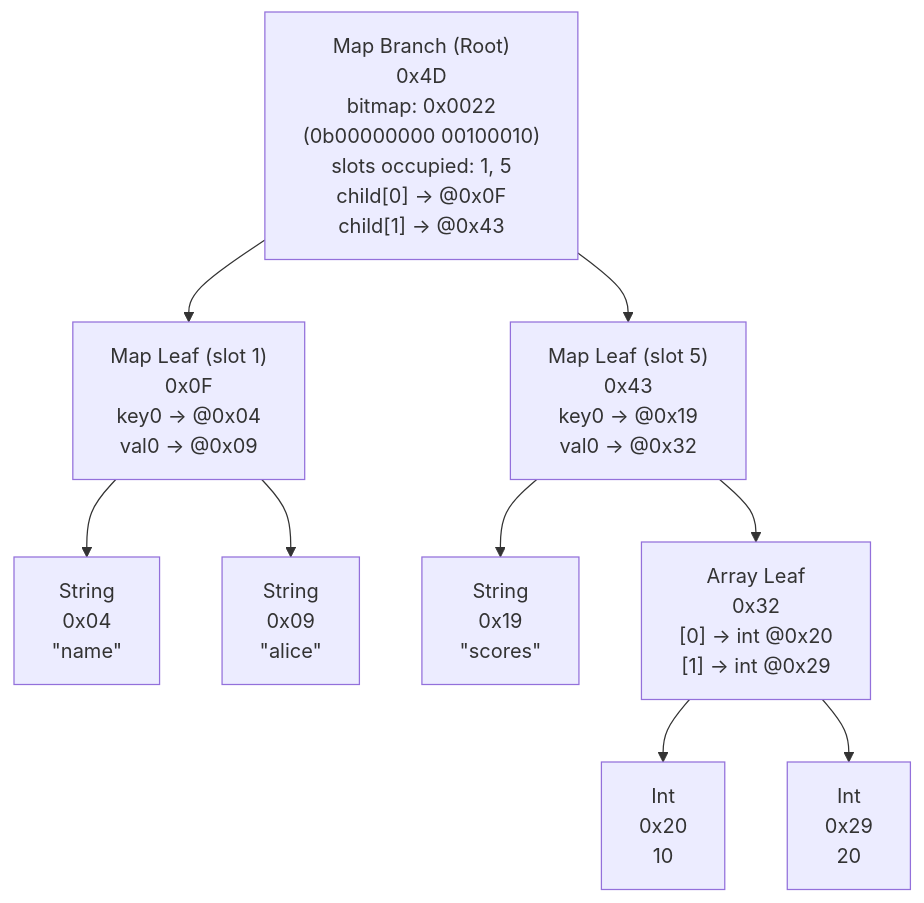
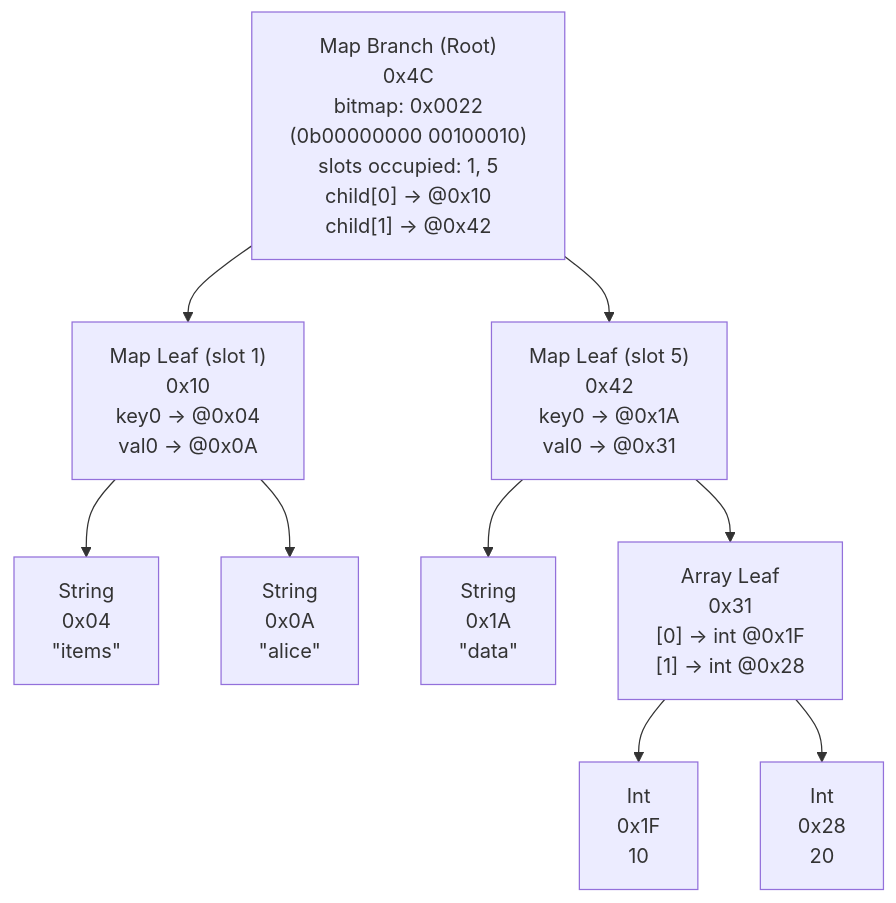
One commit to starfederation/tron changed the first of 3 diagrams in MEMORY_LAYOUT.md. Above: the diagram before and after it, drawn with Mermaid. The commit also changed other lines of this file and 1 other file, not shown here.

````diff
--- a/MEMORY_LAYOUT.md
+++ b/MEMORY_LAYOUT.md
@@ -380,28 +380,28 @@
 ```mermaid
 flowchart TB
-      root["Map Branch (Root)<br/>0x4D<br/>bitmap: 0x0022<br/>(0b00000000 00100010)<br/>slots occupied: 1, 5<br/>child[0] → @0x0F<br/>child[1] → @0x43"]
+      root["Map Branch (Root)<br/>0x4C<br/>bitmap: 0x0022<br/>(0b00000000 00100010)<br/>slots occupied: 1, 5<br/>child[0] → @0x10<br/>child[1] → @0x42"]
 
-      leaf1["Map Leaf (slot 1)<br/>0x0F<br/>key0 → @0x04<br/>val0 → @0x09"]
-      leaf5["Map Leaf (slot 5)<br/>0x43<br/>key0 → @0x19<br/>val0 → @0x32"]
+      leaf1["Map Leaf (slot 1)<br/>0x10<br/>key0 → @0x04<br/>val0 → @0x0A"]
+      leaf5["Map Leaf (slot 5)<br/>0x42<br/>key0 → @0x1A<br/>val0 → @0x31"]
 
-      str_name["String<br/>0x04<br/>&quot;name&quot;"]
-      str_alice["String<br/>0x09<br/>&quot;alice&quot;"]
+      str_items["String<br/>0x04<br/>&quot;items&quot;"]
+      str_alice["String<br/>0x0A<br/>&quot;alice&quot;"]
 
-      str_scores["String<br/>0x19<br/>&quot;scores&quot;"]
-      arr["Array Leaf<br/>0x32<br/>[0] → int @0x20<br/>[1] → int @0x29"]
+      str_data["String<br/>0x1A<br/>&quot;data&quot;"]
+      arr["Array Leaf<br/>0x31<br/>[0] → int @0x1F<br/>[1] → int @0x28"]
 
-      int10["Int<br/>0x20<br/>10"]
-      int20["Int<br/>0x29<br/>20"]
+      int10["Int<br/>0x1F<br/>10"]
+      int20["Int<br/>0x28<br/>20"]
 
       root --> leaf1
       root --> leaf5
 
-      leaf1 --> str_name
+      leaf1 --> str_items
       leaf1 --> str_alice
 
-      leaf5 --> str_scores
+      leaf5 --> str_data
       leaf5 --> arr
 
       arr --> int10
       arr --> int20
 ```
````
